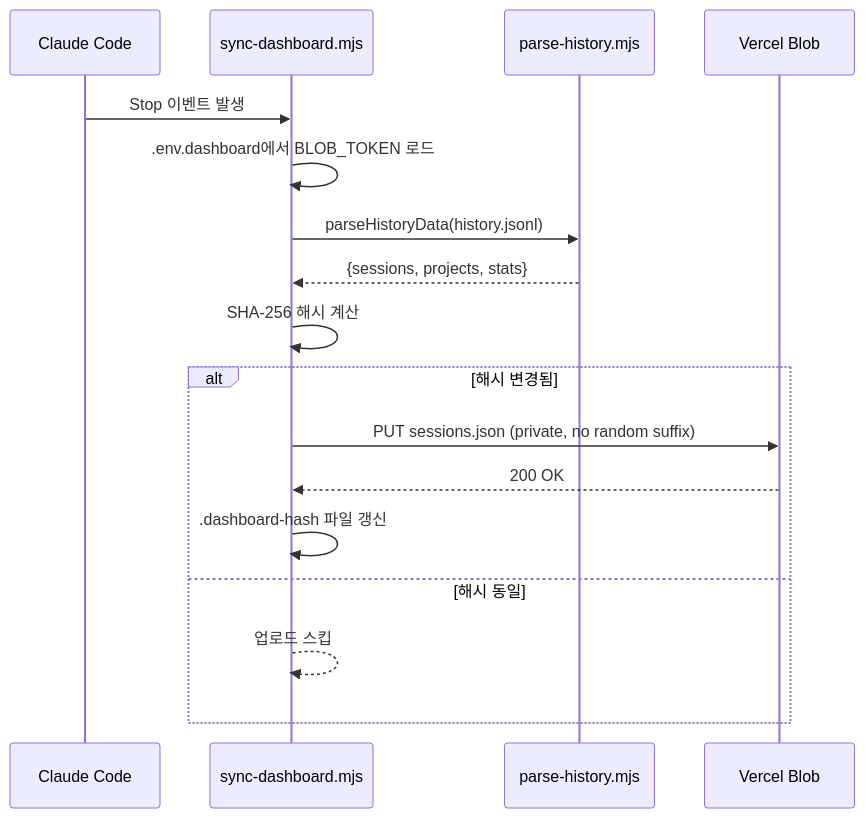
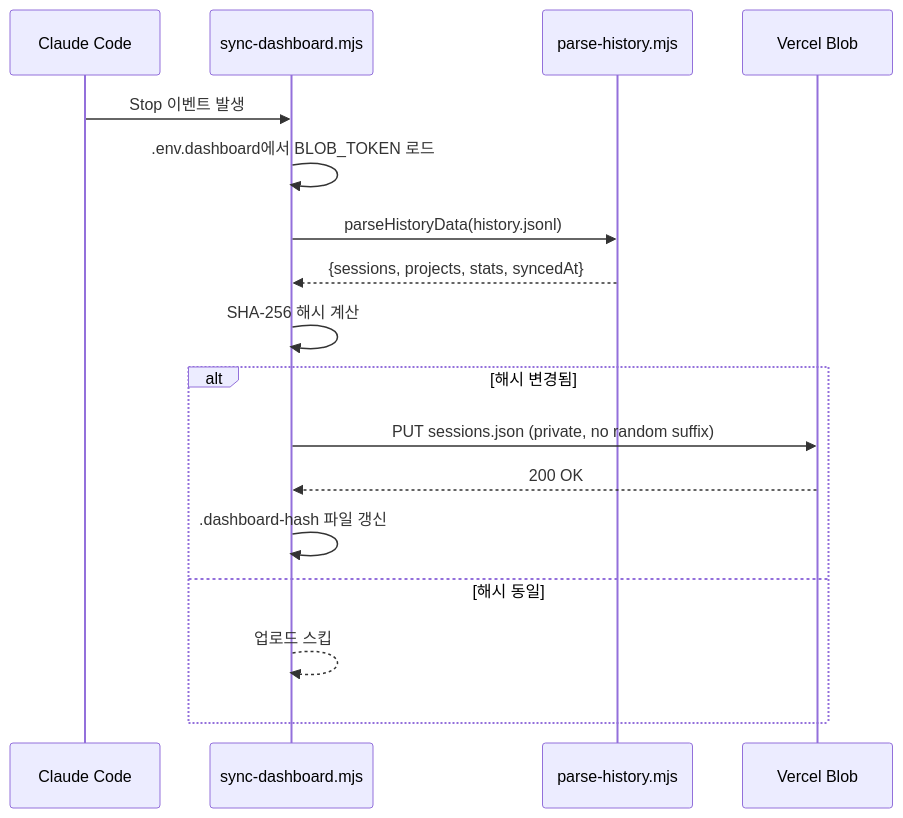
The second of 2 diagrams in README.md (taehwanis/claude-dashboard), drawn with Mermaid before and after one commit. The commit also changed other lines of this file and 1 other file, not shown here.

Commit message:
docs: Prism 검증 반영 — AI 냄새 제거, 스크린샷 섹션, API 명세 추가, 다이어그램 축소 (#2)

````diff
--- a/README.md
+++ b/README.md
@@ -79,20 +70,20 @@
 ```mermaid
 sequenceDiagram
     participant CC as Claude Code
     participant SH as sync-dashboard.mjs
     participant PH as parse-history.mjs
     participant B as Vercel Blob
 
     CC->>SH: Stop 이벤트 발생
     SH->>SH: .env.dashboard에서 BLOB_TOKEN 로드
     SH->>PH: parseHistoryData(history.jsonl)
-    PH-->>SH: {sessions, projects, stats}
+    PH-->>SH: {sessions, projects, stats, syncedAt}
     SH->>SH: SHA-256 해시 계산
     alt 해시 변경됨
         SH->>B: PUT sessions.json (private, no random suffix)
         B-->>SH: 200 OK
         SH->>SH: .dashboard-hash 파일 갱신
     else 해시 동일
         SH-->>SH: 업로드 스킵
     end
 ```
````
